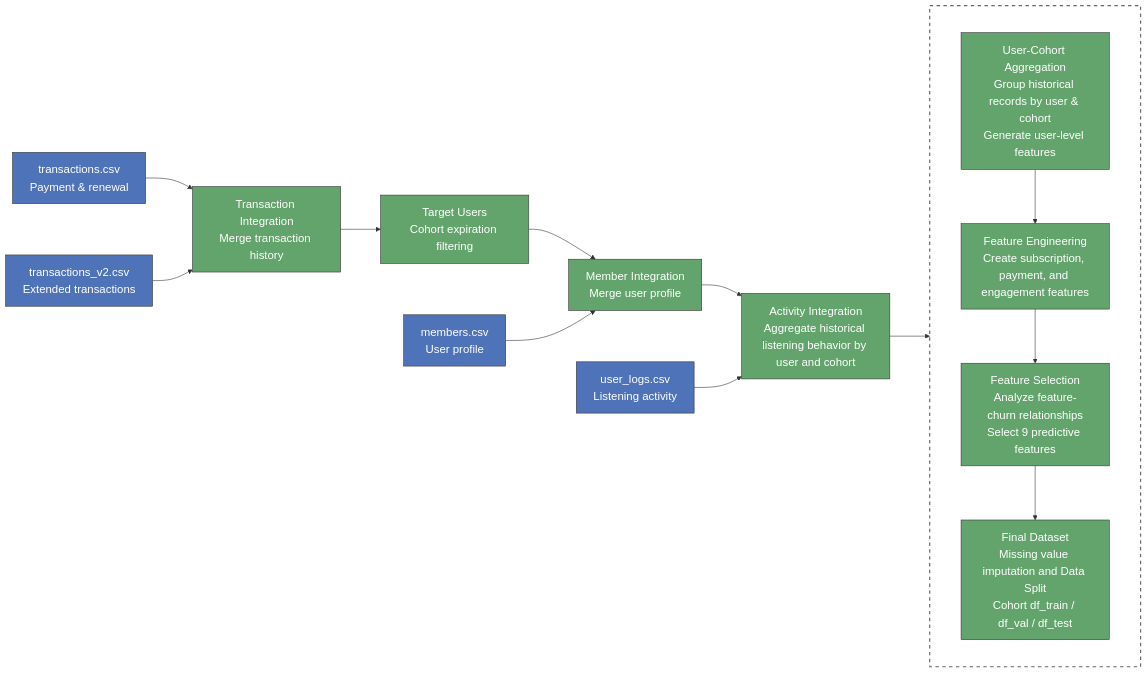
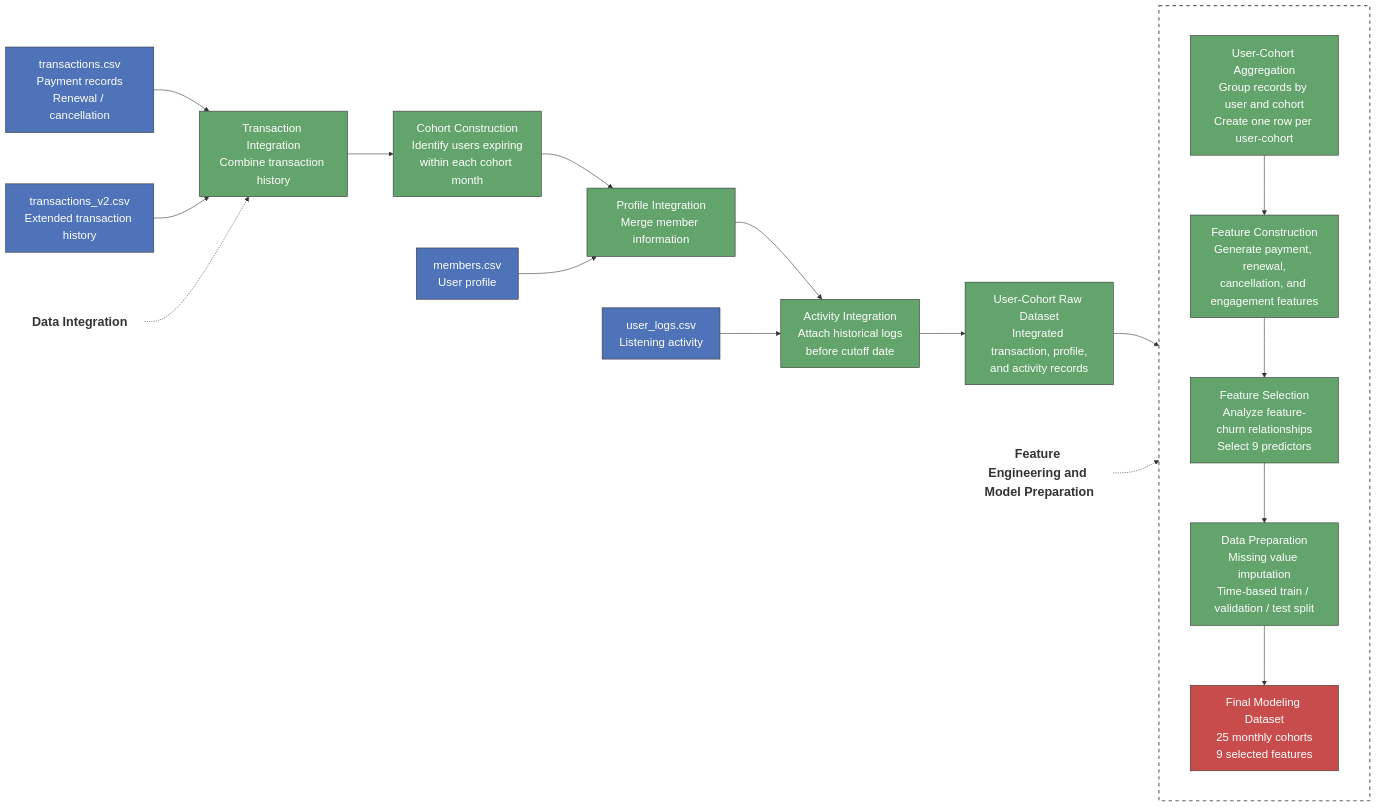
One commit to linxinliu241/kkbox-churn-project changed the first of 2 diagrams in README.md. Above: the diagram before and after it, drawn with Mermaid. The commit also changed other lines of this file, not shown here.

````diff
--- a/README.md
+++ b/README.md
@@ -103,95 +104,132 @@
 ```mermaid
-
 %%{init: {
-
   "flowchart": {
-
     "nodeSpacing": 90,
-
-    "rankSpacing": 70,
-
+    "rankSpacing": 80,
     "curve": "basis"
-
   },
-
   "themeVariables": {
-
     "fontSize": "20px"
-
   }
-
 }}%%
 
 flowchart LR
 
-A["transactions.csv<br/>Payment & renewal"]
 
-B["transactions_v2.csv<br/>Extended transactions"]
+%% =========================
+%% Stage Titles
+%% =========================
+
+T1["Data Integration"]
+
+T2["Feature Engineering and Model Preparation"]
+
+
+
+%% =========================
+%% Data Integration Stage
+%% =========================
+
+A["transactions.csv<br/>Payment records<br/>Renewal / cancellation"]
+
+B["transactions_v2.csv<br/>Extended transaction history"]
 
 C["members.csv<br/>User profile"]
 
 D["user_logs.csv<br/>Listening activity"]
 
-E["Transaction Integration<br/>Merge transaction history"]
 
-F["Target Users<br/>Cohort expiration filtering"]
+E["Transaction Integration<br/>Combine transaction history"]
 
-G["Member Integration<br/>Merge user profile"]
+F["Cohort Construction<br/>Identify users expiring<br/>within each cohort month"]
 
-H["Activity Integration<br/>Aggregate historical listening behavior by user and cohort"]
+G["Profile Integration<br/>Merge member information"]
 
+H["Activity Integration<br/>Attach historical logs<br/>before cutoff date"]
 
-
-subgraph PIPELINE[" "]
-
-direction TB
-
-J["User-Cohort Aggregation<br/>Group historical records by user & cohort<br/>Generate user-level features"]
-
-K["Feature Engineering<br/>Create subscription, payment, and engagement features"]
-
-L["Feature Selection<br/>Analyze feature-churn relationships<br/>Select 9 predictive features"]
-
-M["Final Dataset<br/>Missing value imputation and Data Split<br/>Cohort df_train / df_val / df_test"]
-
-J --> K
-
-K --> L
-
-L --> M
-
-end
+I["User-Cohort Raw Dataset<br/>Integrated transaction, profile,<br/>and activity records"]
 
 
 
 A --> E
-
 B --> E
 
 E --> F
 
 F --> G
-
 C --> G
 
 G --> H
-
 D --> H
 
-H --> J
+H --> I
 
 
+
+%% =========================
+%% Feature Engineering Stage
+%% =========================
+
+subgraph FE[" "]
+direction TB
+
+
+J["User-Cohort Aggregation<br/>Group records by user and cohort<br/>Create one row per user-cohort"]
+
+K["Feature Construction<br/>Generate payment, renewal,<br/>cancellation, and engagement features"]
+
+L["Feature Selection<br/>Analyze feature-churn relationships<br/>Select 9 predictors"]
+
+M["Data Preparation<br/>Missing value imputation<br/>Time-based train / validation / test split"]
+
+N["Final Modeling Dataset<br/>25 monthly cohorts<br/>9 selected features"]
+
+
+J --> K
+K --> L
+L --> M
+M --> N
+
+
+end
+
+
+%% =========================
+%% Main Flow
+%% =========================
+
+I --> J
+
+
+%% Titles connection (invisible logic)
+
+T1 -.-> E
+T2 -.-> J
+
+
+
+%% =========================
+%% Styling
+%% =========================
 
 classDef raw fill:#4F73B8,color:white,stroke:#333,font-size:20px;
 
 classDef process fill:#63A46C,color:white,stroke:#333,font-size:20px;
 
+classDef final fill:#C94C4C,color:white,stroke:#333,font-size:20px;
+
+classDef title fill:none,stroke:none,color:#333,font-size:22px,font-weight:bold;
+
+
 class A,B,C,D raw;
 
-class E,F,G,H,J,K,L,M process;
+class E,F,G,H,I,J,K,L,M process;
 
-style PIPELINE fill:none,stroke:#666,stroke-width:2px,stroke-dasharray: 6 6
+class N final;
+
+class T1,T2 title;
 
 
+style FE fill:none,stroke:#666,stroke-width:2px,stroke-dasharray:6 6
 
 ```
````
